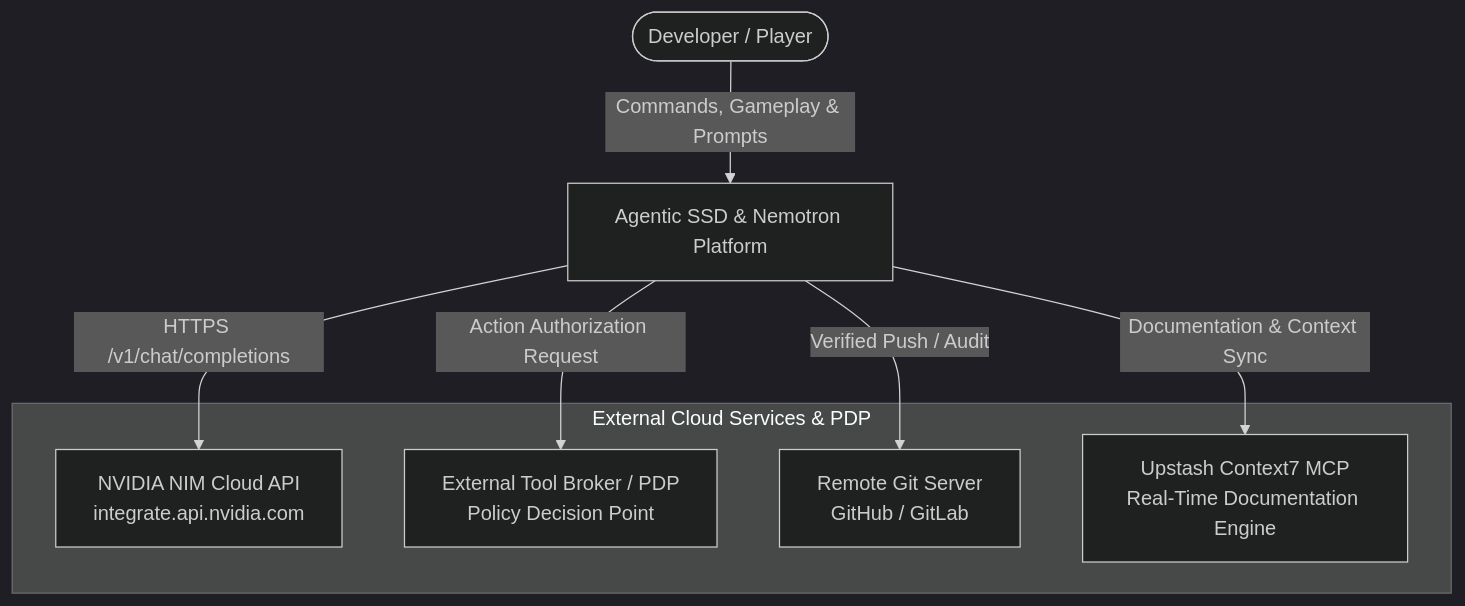
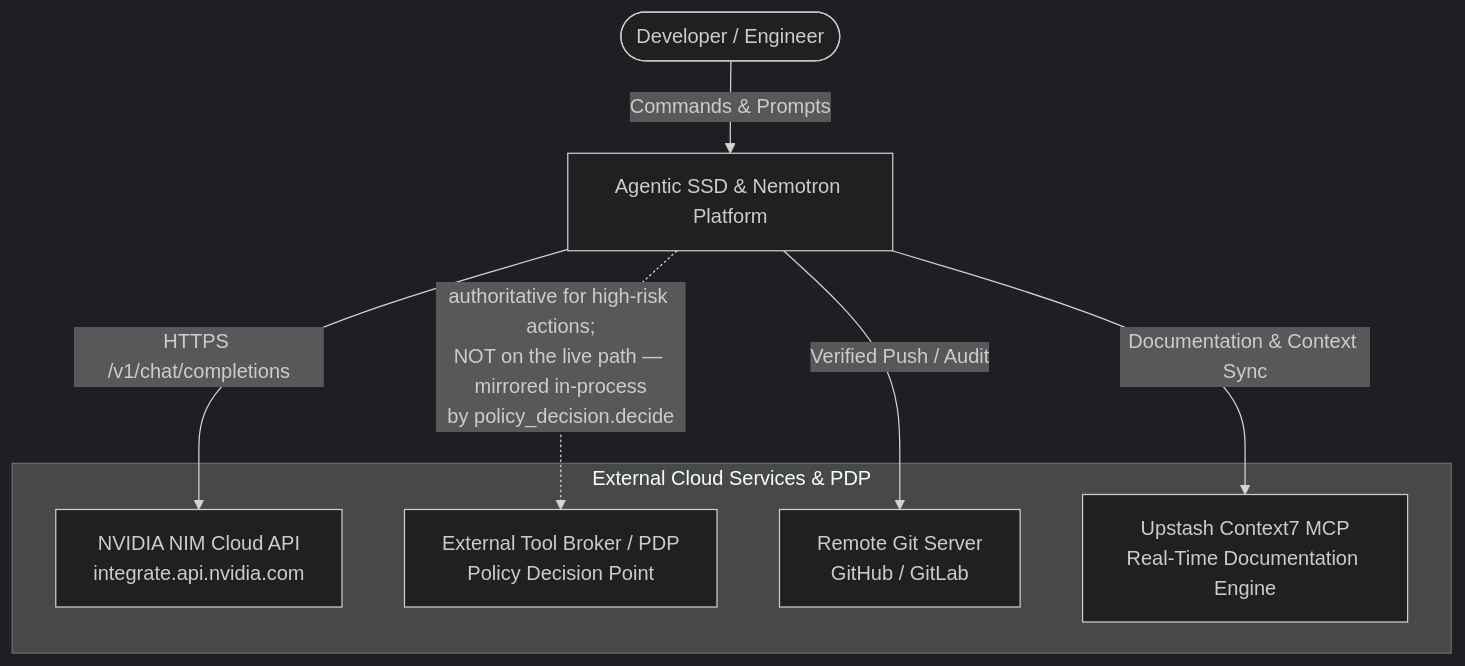
One commit to ianshank/Mango_Code_Agent-Harness changed the first of 5 diagrams in harness/docs/C4_ARCHITECTURE.md. Above: the diagram before and after it, drawn with Mermaid (dark theme). The commit also changed other lines of this file and 21 other files, not shown here.

````diff
--- a/harness/docs/C4_ARCHITECTURE.md
+++ b/harness/docs/C4_ARCHITECTURE.md
@@ -13,16 +13,16 @@
 ```mermaid
 graph TD
-    User([Developer / Player]) -->|Commands, Gameplay & Prompts| Platform[Agentic SSD & Nemotron Platform]
+    User([Developer / Engineer]) -->|Commands & Prompts| Platform[Agentic SSD & Nemotron Platform]
     
     subgraph "External Cloud Services & PDP"
         NIM[NVIDIA NIM Cloud API<br/>integrate.api.nvidia.com]
         ExtPDP[External Tool Broker / PDP<br/>Policy Decision Point]
         GitServer[Remote Git Server<br/>GitHub / GitLab]
         Context7[Upstash Context7 MCP<br/>Real-Time Documentation Engine]
     end
 
     Platform -->|HTTPS /v1/chat/completions| NIM
-    Platform -->|Action Authorization Request| ExtPDP
+    Platform -.->|authoritative for high-risk actions;<br/>NOT on the live path — mirrored in-process<br/>by policy_decision.decide| ExtPDP
     Platform -->|Verified Push / Audit| GitServer
     Platform -->|Documentation & Context Sync| Context7
 ```
````
